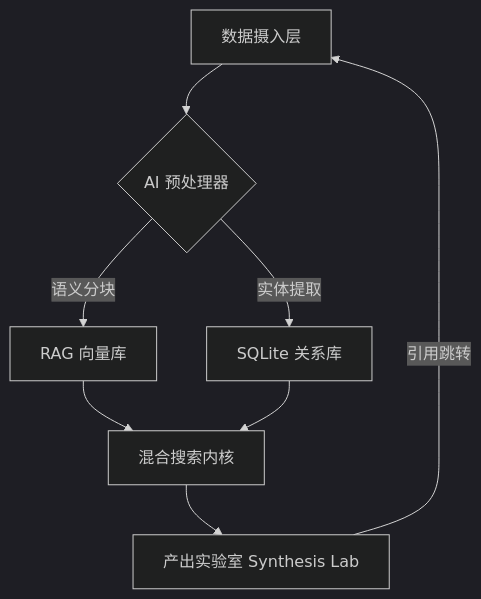
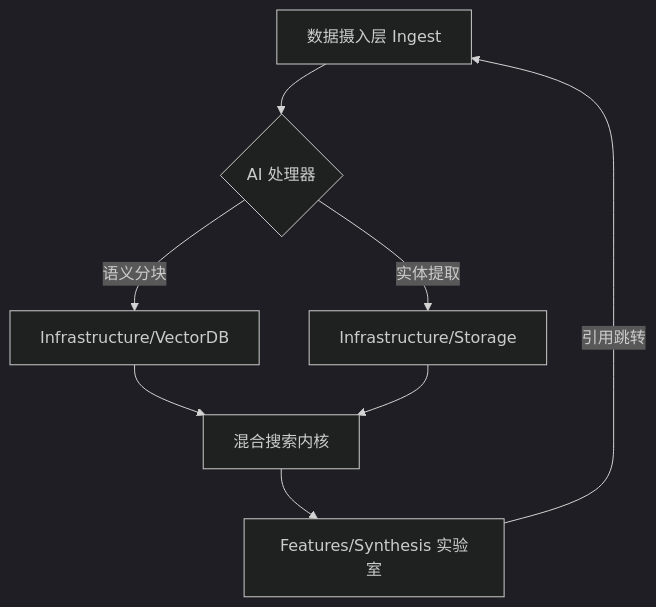
One commit to wangchong2023/zhiyu changed the diagram in README.md. Above: the diagram before and after it, drawn with Mermaid (dark theme). The commit also changed other lines of this file and 65 other files, not shown here.

````diff
--- a/README.md
+++ b/README.md
@@ -43,9 +43,9 @@
 ```mermaid
 graph TD
-    A[数据摄入层] --> B{AI 预处理器}
-    B -- 语义分块 --> C[RAG 向量库]
-    B -- 实体提取 --> D[SQLite 关系库]
+    A[数据摄入层 Ingest] --> B{AI 处理器}
+    B -- 语义分块 --> C[Infrastructure/VectorDB]
+    B -- 实体提取 --> D[Infrastructure/Storage]
     C & D --> E[混合搜索内核]
-    E --> F[产出实验室 Synthesis Lab]
+    E --> F[Features/Synthesis 实验室]
     F -- 引用跳转 --> A
 ```
````
